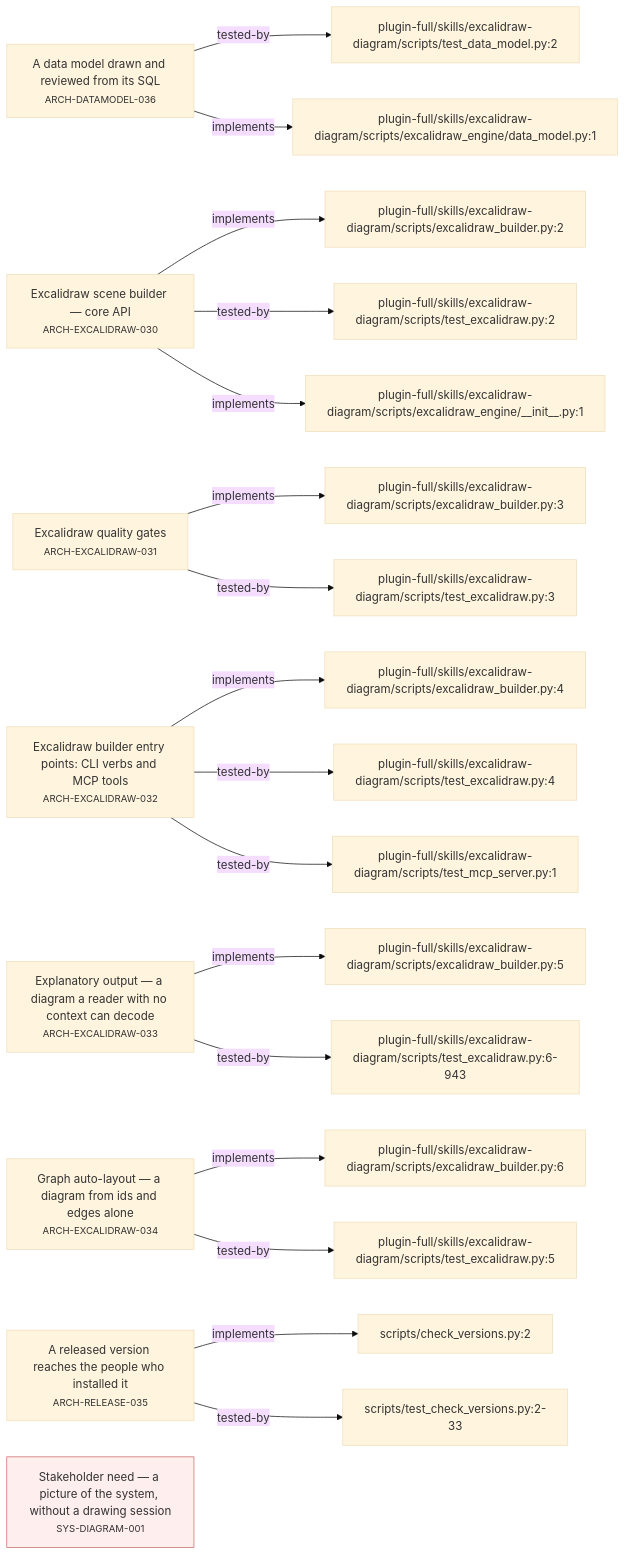
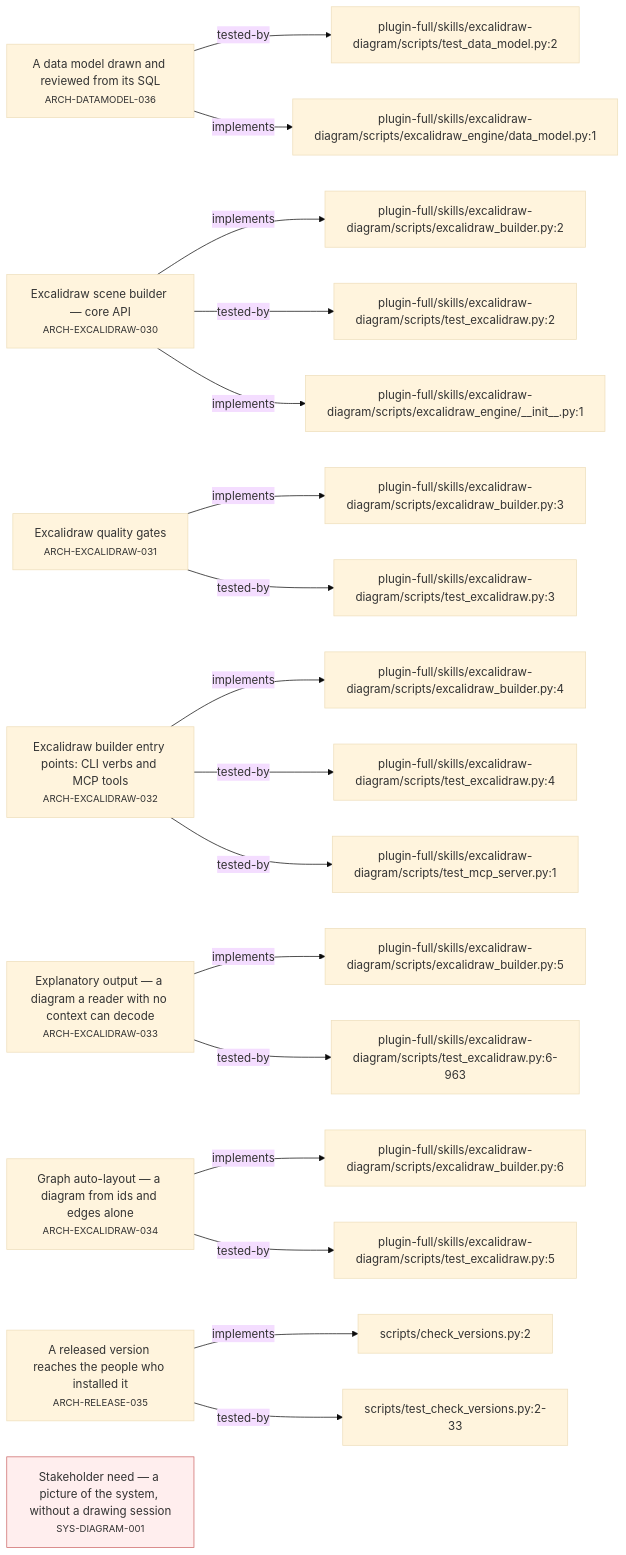
The second of 4 diagrams in requirements/_map.md (alxmax/excalidraw-diagram), drawn with Mermaid (base theme) before and after one commit. The commit also changed other lines of this file and 41 other files, not shown here.

````diff
--- a/requirements/_map.md
+++ b/requirements/_map.md
@@ -76,44 +79,44 @@
 ```mermaid
 graph LR
   ARCH_DATAMODEL_036["A data model drawn and reviewed from its SQL<br><small>ARCH-DATAMODEL-036</small>"]
   f_plugin_full_skills_excalidraw_diagram_scripts_test_data_model_py_2["plugin-full/skills/excalidraw-diagram/scripts/test_data_model.py:2"]
   ARCH_DATAMODEL_036 -->|tested-by| f_plugin_full_skills_excalidraw_diagram_scripts_test_data_model_py_2
   f_plugin_full_skills_excalidraw_diagram_scripts_excalidraw_engine_data_model_py_1["plugin-full/skills/excalidraw-diagram/scripts/excalidraw_engine/data_model.py:1"]
   ARCH_DATAMODEL_036 -->|implements| f_plugin_full_skills_excalidraw_diagram_scripts_excalidraw_engine_data_model_py_1
   ARCH_EXCALIDRAW_030["Excalidraw scene builder — core API<br><small>ARCH-EXCALIDRAW-030</small>"]
   f_plugin_full_skills_excalidraw_diagram_scripts_excalidraw_builder_py_2["plugin-full/skills/excalidraw-diagram/scripts/excalidraw_builder.py:2"]
   ARCH_EXCALIDRAW_030 -->|implements| f_plugin_full_skills_excalidraw_diagram_scripts_excalidraw_builder_py_2
   f_plugin_full_skills_excalidraw_diagram_scripts_test_excalidraw_py_2["plugin-full/skills/excalidraw-diagram/scripts/test_excalidraw.py:2"]
   ARCH_EXCALIDRAW_030 -->|tested-by| f_plugin_full_skills_excalidraw_diagram_scripts_test_excalidraw_py_2
   f_plugin_full_skills_excalidraw_diagram_scripts_excalidraw_engine___init___py_1["plugin-full/skills/excalidraw-diagram/scripts/excalidraw_engine/__init__.py:1"]
   ARCH_EXCALIDRAW_030 -->|implements| f_plugin_full_skills_excalidraw_diagram_scripts_excalidraw_engine___init___py_1
   ARCH_EXCALIDRAW_031["Excalidraw quality gates<br><small>ARCH-EXCALIDRAW-031</small>"]
   f_plugin_full_skills_excalidraw_diagram_scripts_excalidraw_builder_py_3["plugin-full/skills/excalidraw-diagram/scripts/excalidraw_builder.py:3"]
   ARCH_EXCALIDRAW_031 -->|implements| f_plugin_full_skills_excalidraw_diagram_scripts_excalidraw_builder_py_3
   f_plugin_full_skills_excalidraw_diagram_scripts_test_excalidraw_py_3["plugin-full/skills/excalidraw-diagram/scripts/test_excalidraw.py:3"]
   ARCH_EXCALIDRAW_031 -->|tested-by| f_plugin_full_skills_excalidraw_diagram_scripts_test_excalidraw_py_3
   ARCH_EXCALIDRAW_032["Excalidraw builder entry points: CLI verbs and MCP tools<br><small>ARCH-EXCALIDRAW-032</small>"]
   f_plugin_full_skills_excalidraw_diagram_scripts_excalidraw_builder_py_4["plugin-full/skills/excalidraw-diagram/scripts/excalidraw_builder.py:4"]
   ARCH_EXCALIDRAW_032 -->|implements| f_plugin_full_skills_excalidraw_diagram_scripts_excalidraw_builder_py_4
   f_plugin_full_skills_excalidraw_diagram_scripts_test_excalidraw_py_4["plugin-full/skills/excalidraw-diagram/scripts/test_excalidraw.py:4"]
   ARCH_EXCALIDRAW_032 -->|tested-by| f_plugin_full_skills_excalidraw_diagram_scripts_test_excalidraw_py_4
   f_plugin_full_skills_excalidraw_diagram_scripts_test_mcp_server_py_1["plugin-full/skills/excalidraw-diagram/scripts/test_mcp_server.py:1"]
   ARCH_EXCALIDRAW_032 -->|tested-by| f_plugin_full_skills_excalidraw_diagram_scripts_test_mcp_server_py_1
   ARCH_EXCALIDRAW_033["Explanatory output — a diagram a reader with no context can decode<br><small>ARCH-EXCALIDRAW-033</small>"]
   f_plugin_full_skills_excalidraw_diagram_scripts_excalidraw_builder_py_5["plugin-full/skills/excalidraw-diagram/scripts/excalidraw_builder.py:5"]
   ARCH_EXCALIDRAW_033 -->|implements| f_plugin_full_skills_excalidraw_diagram_scripts_excalidraw_builder_py_5
-  f_plugin_full_skills_excalidraw_diagram_scripts_test_excalidraw_py_6_943["plugin-full/skills/excalidraw-diagram/scripts/test_excalidraw.py:6-943"]
-  ARCH_EXCALIDRAW_033 -->|tested-by| f_plugin_full_skills_excalidraw_diagram_scripts_test_excalidraw_py_6_943
+  f_plugin_full_skills_excalidraw_diagram_scripts_test_excalidraw_py_6_963["plugin-full/skills/excalidraw-diagram/scripts/test_excalidraw.py:6-963"]
+  ARCH_EXCALIDRAW_033 -->|tested-by| f_plugin_full_skills_excalidraw_diagram_scripts_test_excalidraw_py_6_963
   ARCH_EXCALIDRAW_034["Graph auto-layout — a diagram from ids and edges alone<br><small>ARCH-EXCALIDRAW-034</small>"]
   f_plugin_full_skills_excalidraw_diagram_scripts_excalidraw_builder_py_6["plugin-full/skills/excalidraw-diagram/scripts/excalidraw_builder.py:6"]
   ARCH_EXCALIDRAW_034 -->|implements| f_plugin_full_skills_excalidraw_diagram_scripts_excalidraw_builder_py_6
   f_plugin_full_skills_excalidraw_diagram_scripts_test_excalidraw_py_5["plugin-full/skills/excalidraw-diagram/scripts/test_excalidraw.py:5"]
   ARCH_EXCALIDRAW_034 -->|tested-by| f_plugin_full_skills_excalidraw_diagram_scripts_test_excalidraw_py_5
   ARCH_RELEASE_035["A released version reaches the people who installed it<br><small>ARCH-RELEASE-035</small>"]
   f_scripts_check_versions_py_2["scripts/check_versions.py:2"]
   ARCH_RELEASE_035 -->|implements| f_scripts_check_versions_py_2
   f_scripts_test_check_versions_py_2_33["scripts/test_check_versions.py:2-33"]
   ARCH_RELEASE_035 -->|tested-by| f_scripts_test_check_versions_py_2_33
   SYS_DIAGRAM_001["Stakeholder need — a picture of the system, without a drawing session<br><small>SYS-DIAGRAM-001</small>"]
   style SYS_DIAGRAM_001 fill:#fee,stroke:#c66
 ```
````
